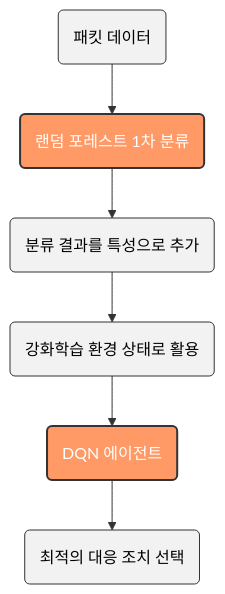
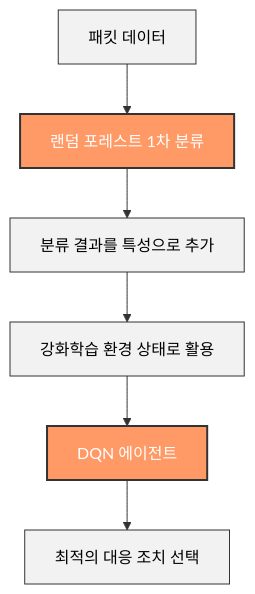
One commit to Es5724/Intrusion_DetectionSystem_AIagent changed the second of 4 diagrams in README.md. Above: the diagram before and after it, drawn with Mermaid. The commit also changed other lines of this file, not shown here.

````diff
--- a/README.md
+++ b/README.md
@@ -177,14 +264,13 @@
 ```mermaid
 flowchart TD
-    A("패킷 데이터") --> B("랜덤 포레스트 1차 분류")
-    B --> C("분류 결과를 특성으로 추가")
-    C --> D("강화학습 환경 상태로 활용")
-    D --> E("DQN 에이전트")
-    E --> F("최적의 대응 조치 선택")
+    packet["패킷 데이터"] --> rf["랜덤 포레스트 1차 분류"]
+    rf --> feature["분류 결과를 특성으로 추가"]
+    feature --> state["강화학습 환경 상태로 활용"]
+    state --> dqn["DQN 에이전트"]
+    dqn --> action["최적의 대응 조치 선택"]
     
-    classDef primary fill:#f96,color:#fff,stroke:#333,stroke-width:2px;
-    classDef secondary fill:#f2f2f2,color:#000,stroke:#333,stroke-width:1px;
-    
-    class B,E primary;
-    class A,C,D,F secondary;
+    classDef highlight fill:#f96,stroke:#333,stroke-width:2px,color:white;
+    classDef normal fill:#f2f2f2,stroke:#333,stroke-width:1px,color:black;
+    class dqn,rf highlight
+    class packet,feature,state,action normal
 ```
````
